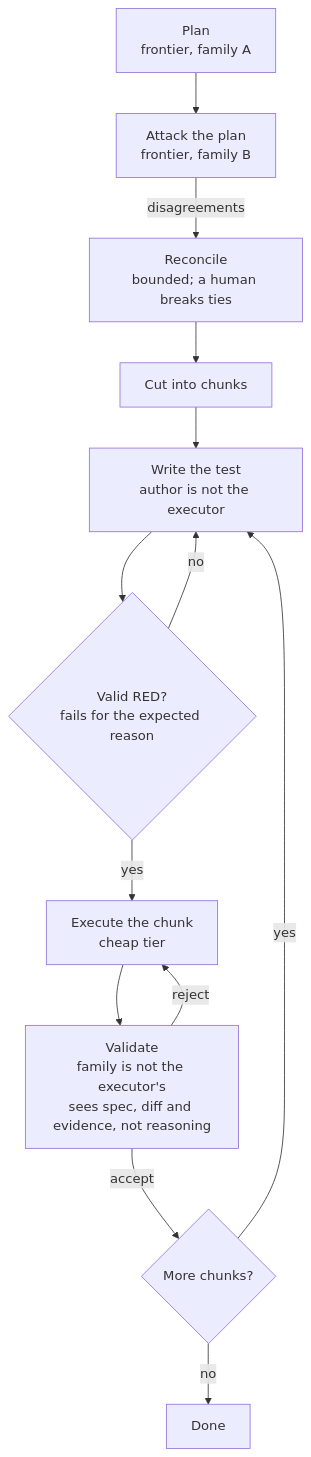
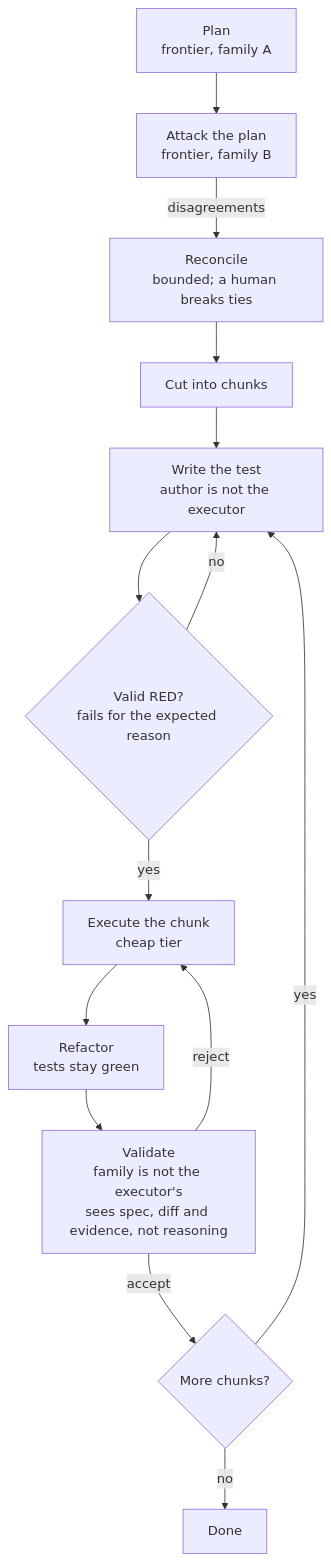
The diagram in droid-wiki/overview/index.md (Roderick-Clemente/adversarial-sprint), drawn with Mermaid before and after one commit. The commit also changed other lines of this file and 1 other file, not shown here.

````diff
--- a/droid-wiki/overview/index.md
+++ b/droid-wiki/overview/index.md
@@ -28,15 +28,16 @@
 ```mermaid
 graph TD
     P["Plan<br/>frontier, family A"] --> R["Attack the plan<br/>frontier, family B"]
     R -->|disagreements| C["Reconcile<br/>bounded; a human breaks ties"]
     C --> K["Cut into chunks"]
     K --> T["Write the test<br/>author is not the executor"]
     T --> RED{"Valid RED?<br/>fails for the expected reason"}
     RED -->|no| T
     RED -->|yes| X["Execute the chunk<br/>cheap tier"]
-    X --> V["Validate<br/>family is not the executor's<br/>sees spec, diff and evidence, not reasoning"]
+    X --> F["Refactor<br/>tests stay green"]
+    F --> V["Validate<br/>family is not the executor's<br/>sees spec, diff and evidence, not reasoning"]
     V -->|reject| X
     V -->|accept| N{"More chunks?"}
     N -->|yes| T
     N -->|no| D["Done"]
 ```
````
